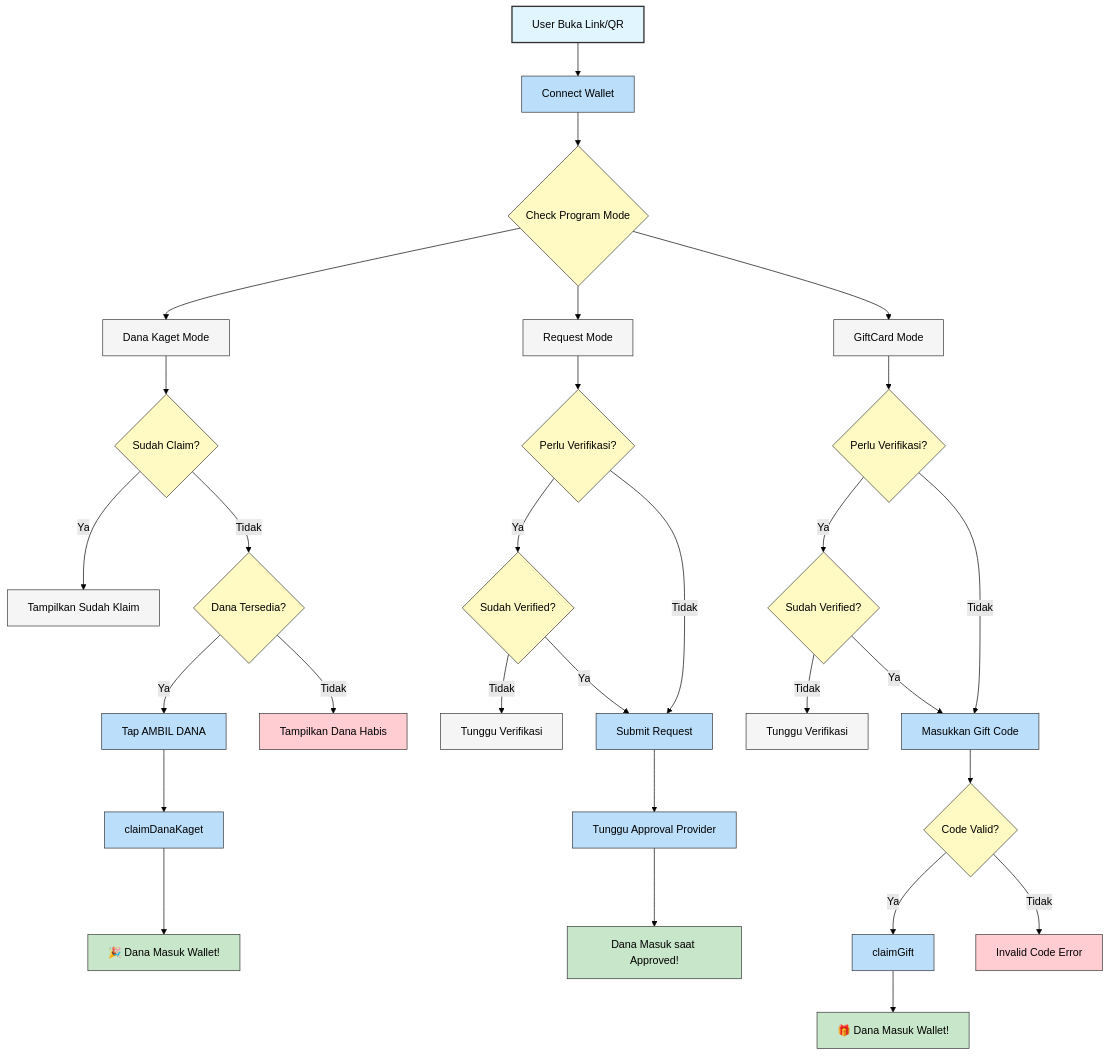
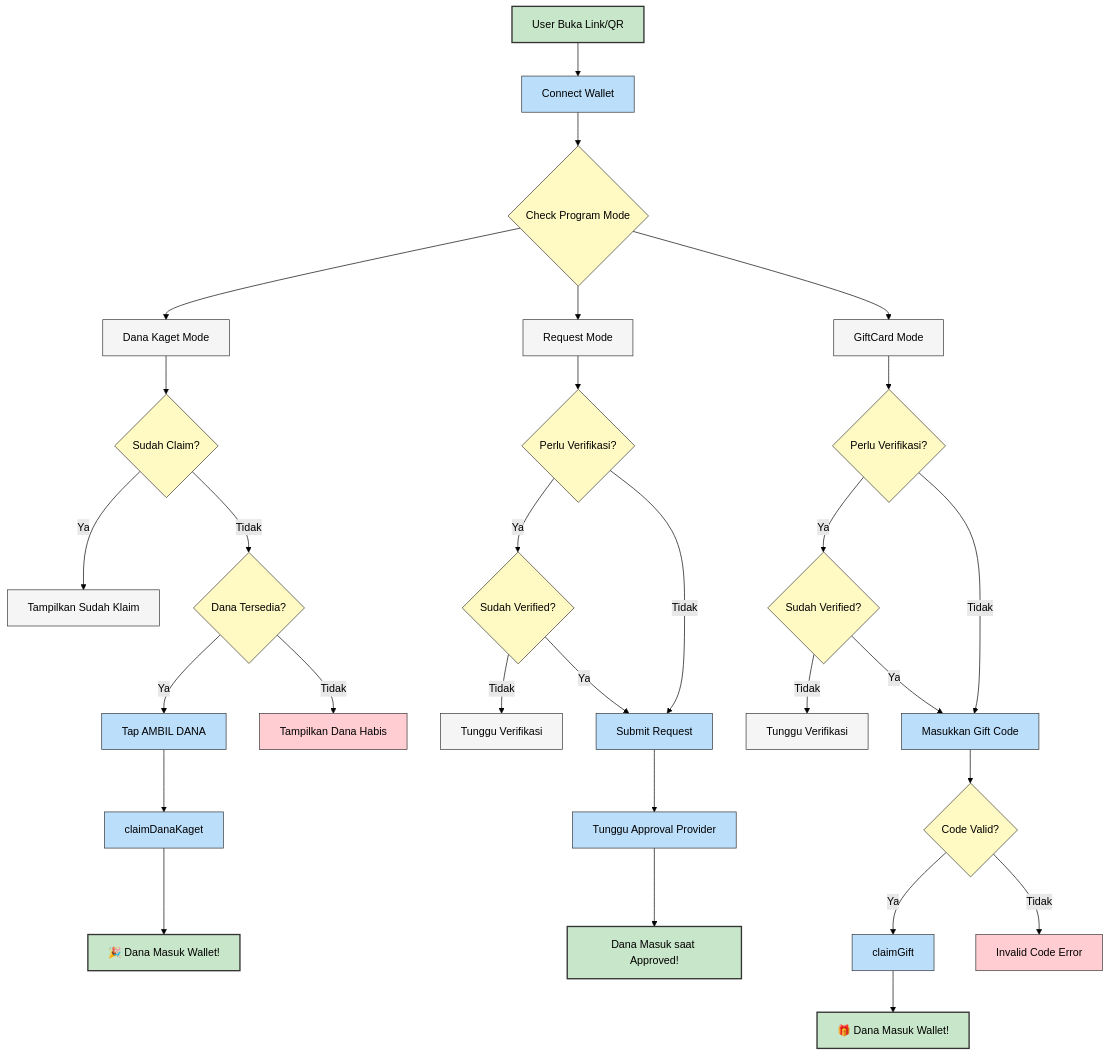
One commit to raflimulyarahman/PocketGrant changed the fifth of 9 diagrams in WALKTHROUGH.md. Above: the diagram before and after it, drawn with Mermaid (forest theme). The commit also changed other lines of this file, not shown here.

````diff
--- a/WALKTHROUGH.md
+++ b/WALKTHROUGH.md
@@ -250,41 +246,40 @@
 ```mermaid
 flowchart TD
-    classDef startNode stroke:#333,stroke-width:2px,fill:#e1f5fe,color:#000
+    classDef positive stroke:#333,stroke-width:2px,fill:#c8e6c9,color:#000
     classDef actionNode stroke:#333,stroke-width:1px,fill:#bbdefb,color:#000
     classDef decision stroke:#333,stroke-width:1px,fill:#fff9c4,color:#000
-    classDef success stroke:#333,stroke-width:1px,fill:#c8e6c9,color:#000
     classDef danger stroke:#333,stroke-width:1px,fill:#ffcdd2,color:#000
     classDef infoNode stroke:#333,stroke-width:1px,fill:#f5f5f5,color:#000
 
-    A["User Buka Link/QR"]:::startNode --> B["Connect Wallet"]:::actionNode
+    A["User Buka Link/QR"]:::positive --> B["Connect Wallet"]:::actionNode
     B --> C{Check Program Mode}:::decision
 
     C --> D["Dana Kaget Mode"]:::infoNode
     D --> D1{Sudah Claim?}:::decision
     D1 -->|Ya| D2["Tampilkan Sudah Klaim"]:::infoNode
     D1 -->|Tidak| D3{Dana Tersedia?}:::decision
     D3 -->|Ya| D4["Tap AMBIL DANA"]:::actionNode
     D3 -->|Tidak| D5["Tampilkan Dana Habis"]:::danger
     D4 --> D6["claimDanaKaget"]:::actionNode
-    D6 --> D7["🎉 Dana Masuk Wallet!"]:::success
+    D6 --> D7["🎉 Dana Masuk Wallet!"]:::positive
 
     C --> E["Request Mode"]:::infoNode
     E --> E1{Perlu Verifikasi?}:::decision
     E1 -->|Ya| E2{Sudah Verified?}:::decision
     E2 -->|Tidak| E3["Tunggu Verifikasi"]:::infoNode
     E2 -->|Ya| E4["Submit Request"]:::actionNode
     E1 -->|Tidak| E4
     E4 --> E5["Tunggu Approval Provider"]:::actionNode
-    E5 --> E6["Dana Masuk saat Approved!"]:::success
+    E5 --> E6["Dana Masuk saat Approved!"]:::positive
 
     C --> F["GiftCard Mode"]:::infoNode
     F --> F1{Perlu Verifikasi?}:::decision
     F1 -->|Ya| F2{Sudah Verified?}:::decision
     F2 -->|Tidak| F3["Tunggu Verifikasi"]:::infoNode
     F2 -->|Ya| F4["Masukkan Gift Code"]:::actionNode
     F1 -->|Tidak| F4
     F4 --> F5{Code Valid?}:::decision
     F5 -->|Ya| F6["claimGift"]:::actionNode
     F5 -->|Tidak| F7["Invalid Code Error"]:::danger
-    F6 --> F8["🎁 Dana Masuk Wallet!"]:::success
+    F6 --> F8["🎁 Dana Masuk Wallet!"]:::positive
 ```
````
